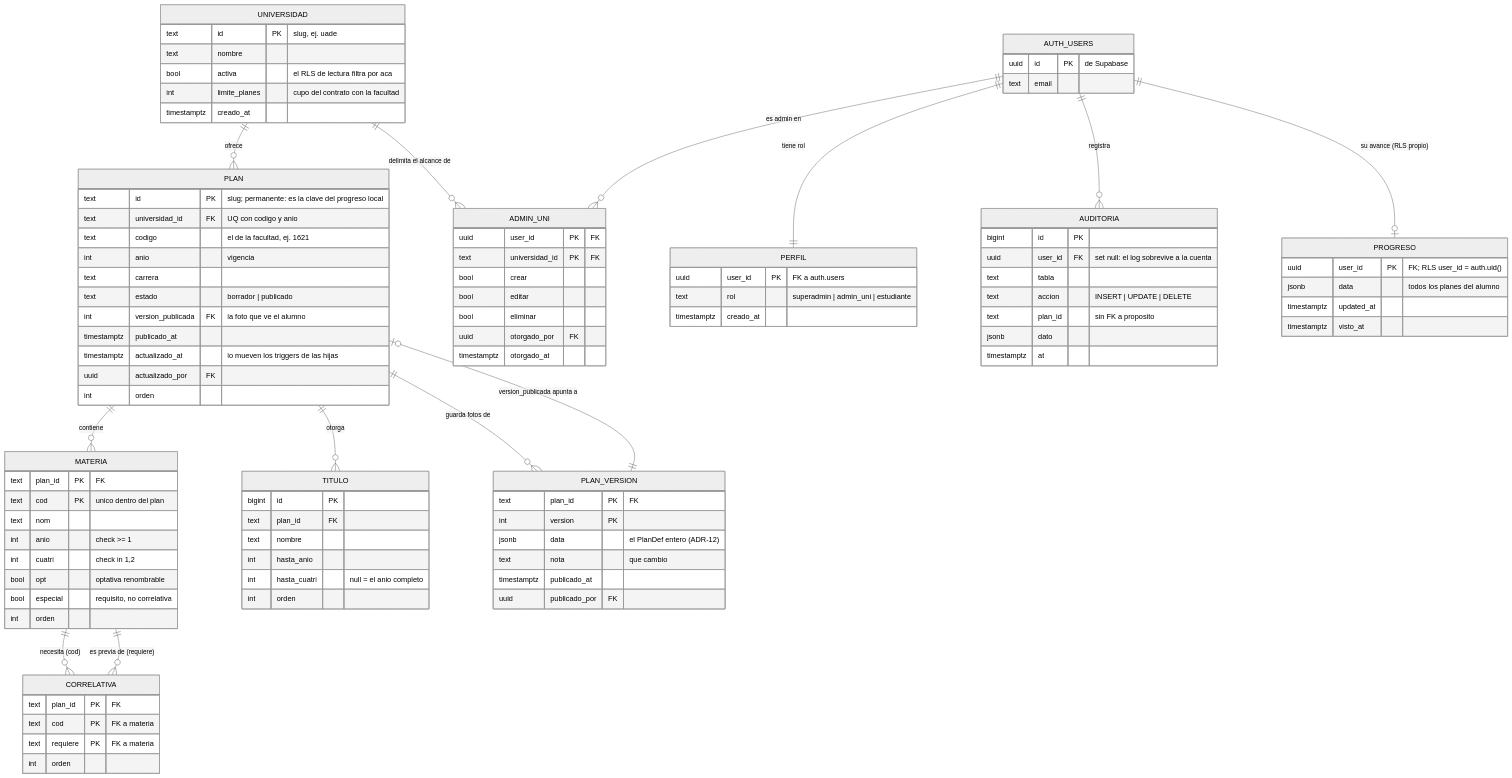
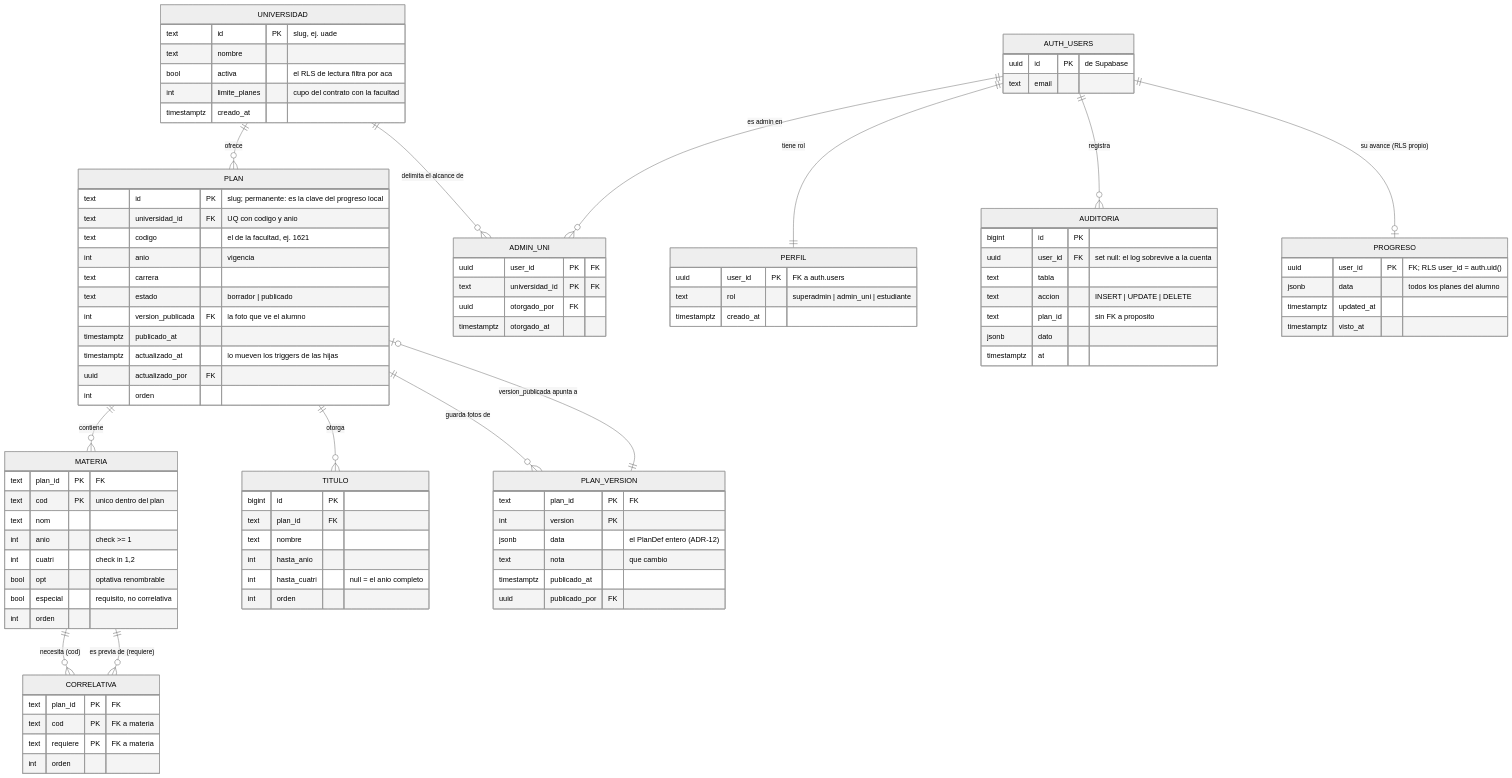
The third of 5 diagrams in docs/04-arquitectura.md (luzzaragoza/cuanto-me-falta), drawn with Mermaid (neutral theme) before and after one commit. The commit also changed other lines of this file and 12 other files, not shown here.

```diff
--- a/docs/04-arquitectura.md
+++ b/docs/04-arquitectura.md
@@ -183,9 +315,6 @@
     ADMIN_UNI {
         uuid user_id PK "FK"
         text universidad_id PK "FK"
-        bool crear
-        bool editar
-        bool eliminar
         uuid otorgado_por FK
         timestamptz otorgado_at
     }
```
